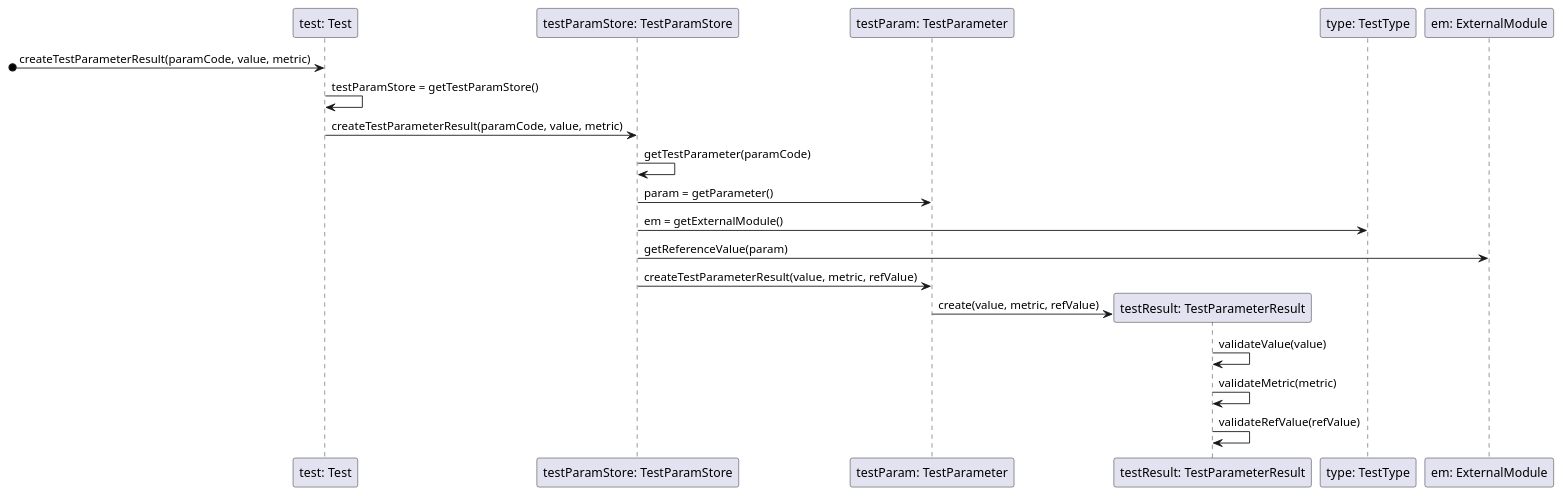
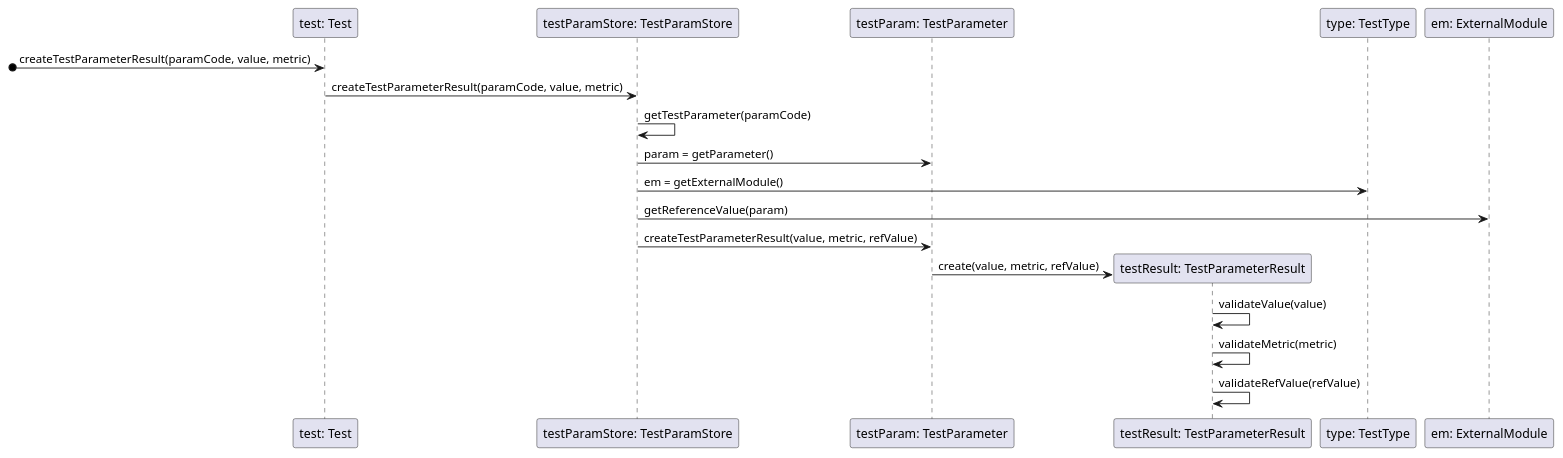
Before and after one commit to MadDinosaur/ISEP-LAPR2: the diagram in docs/SprintC/US12/SD_CreateTestResult.puml, drawn with PlantUML. The commit also changed 14 other files, not shown here.

```diff
--- a/docs/SprintC/US12/SD_CreateTestResult.puml
+++ b/docs/SprintC/US12/SD_CreateTestResult.puml
@@ -1,22 +1,21 @@
 @startuml
 participant "test: Test" as test
 participant "testParamStore: TestParamStore" as tpstore
 participant "testParam: TestParameter" as testParam
 participant "testResult: TestParameterResult" as testResult
 participant "type: TestType" as type
 participant "em: ExternalModule" as em
 
 [o-> test : createTestParameterResult(paramCode, value, metric)
-test -> test: testParamStore = getTestParamStore()
 test -> tpstore: createTestParameterResult(paramCode, value, metric)
 tpstore -> tpstore : getTestParameter(paramCode)
 tpstore -> testParam : param = getParameter()
 tpstore -> type : em = getExternalModule()
 tpstore -> em : getReferenceValue(param)
 tpstore -> testParam : createTestParameterResult(value, metric, refValue)
 create testResult
 testParam -> testResult : create(value, metric, refValue)
 testResult -> testResult : validateValue(value)
 testResult -> testResult : validateMetric(metric)
 testResult -> testResult : validateRefValue(refValue)
 @enduml
```
